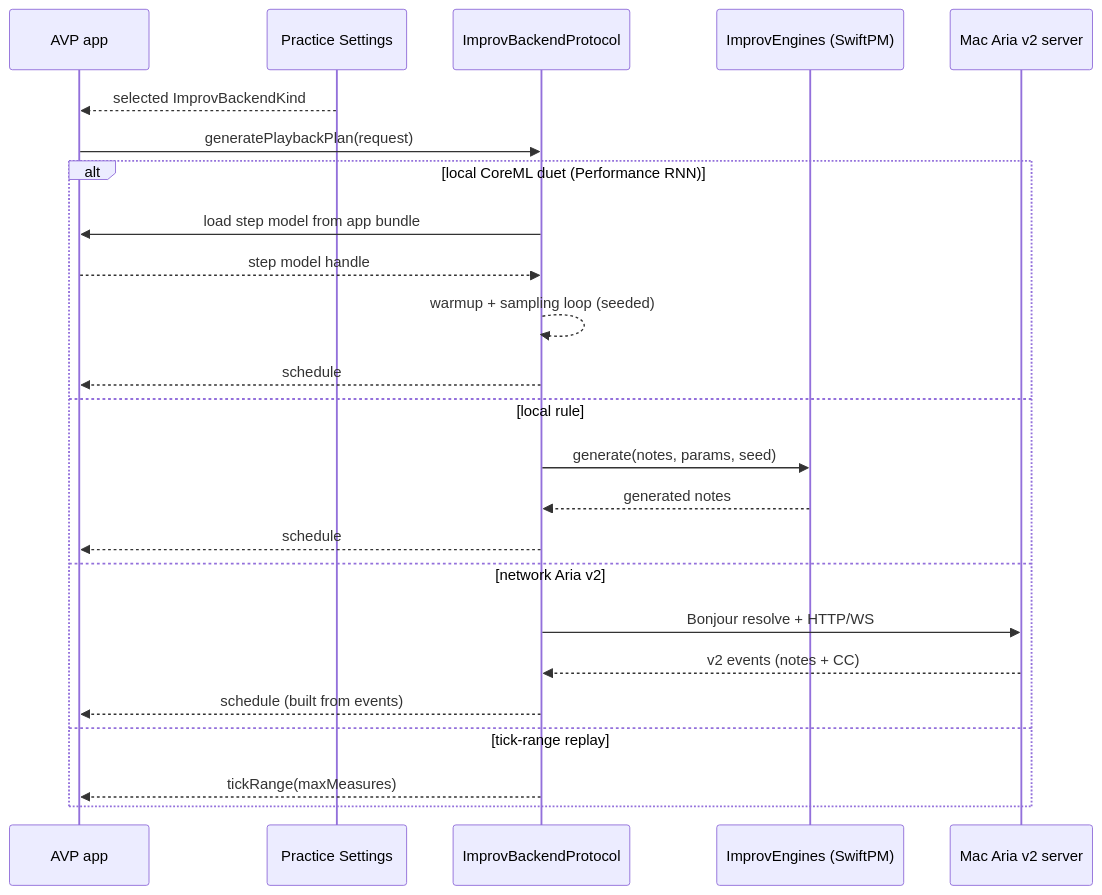
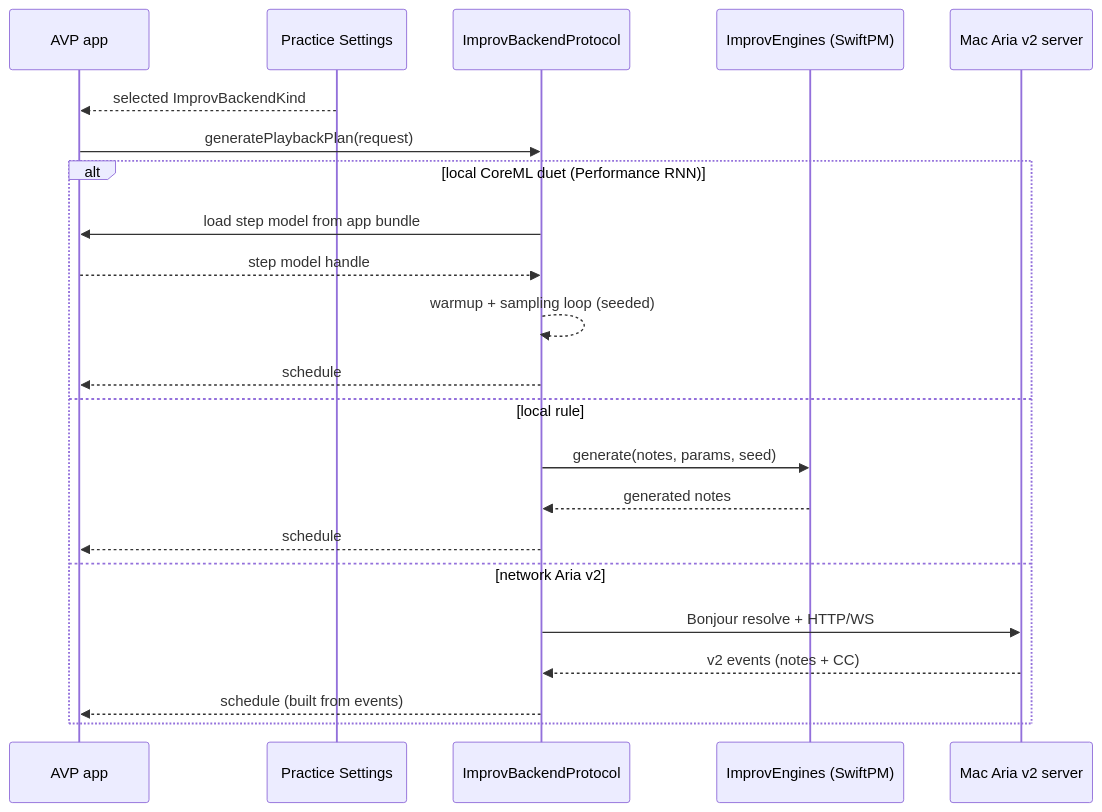
Before and after one commit to chiimagnus/Amoroso: the fourth of 4 diagrams in docs/data-flow.md, drawn with Mermaid. The commit also changed other lines of this file and 6 other files, not shown here.

Commit message:
refactor(AIPerformanceService): 移除不必要的输入修订逻辑 refactor(DuetAIPlaybackQueue): 删除未使用的结束时间属性 docs: 更新文档以移除过时的 tick-range replay 描述

````diff
--- a/docs/data-flow.md
+++ b/docs/data-flow.md
@@ -113,27 +112,25 @@
 ```mermaid
 sequenceDiagram
   participant AVP as AVP app
   participant Settings as Practice Settings
   participant Backend as ImprovBackendProtocol
   participant Engines as ImprovEngines (SwiftPM)
   participant Aria as Mac Aria v2 server
 
   Settings-->>AVP: selected ImprovBackendKind
   AVP->>Backend: generatePlaybackPlan(request)
   alt local CoreML duet (Performance RNN)
     Backend->>AVP: load step model from app bundle
     AVP-->>Backend: step model handle
     Backend-->>Backend: warmup + sampling loop (seeded)
     Backend-->>AVP: schedule
   else local rule
     Backend->>Engines: generate(notes, params, seed)
     Engines-->>Backend: generated notes
     Backend-->>AVP: schedule
   else network Aria v2
     Backend->>Aria: Bonjour resolve + HTTP/WS
     Aria-->>Backend: v2 events (notes + CC)
     Backend-->>AVP: schedule (built from events)
-  else tick-range replay
-    Backend-->>AVP: tickRange(maxMeasures)
   end
 ```
````
